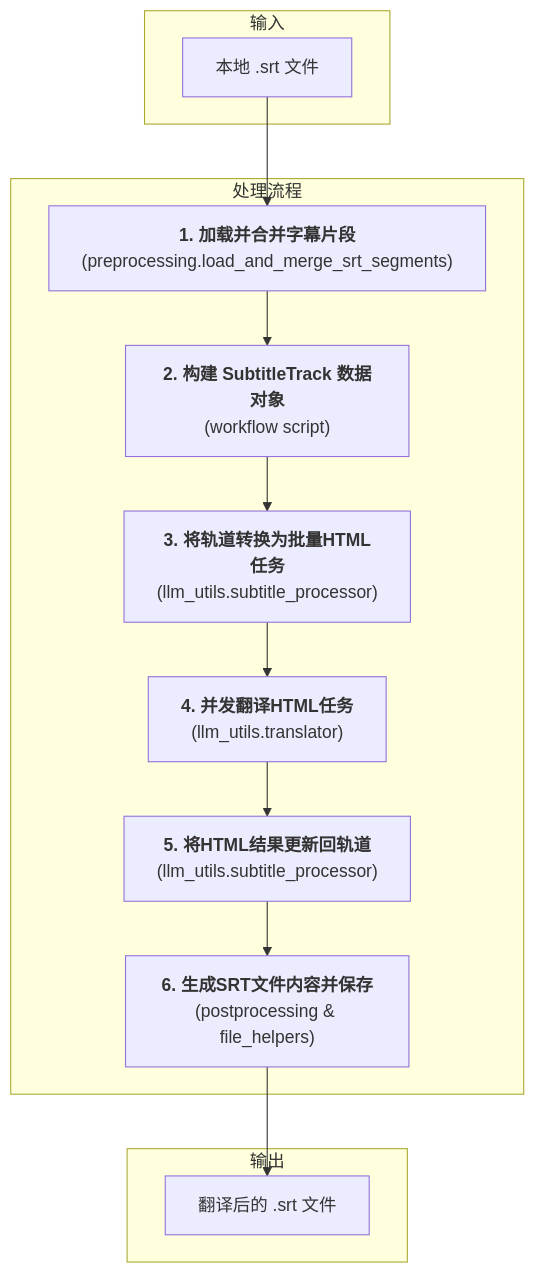
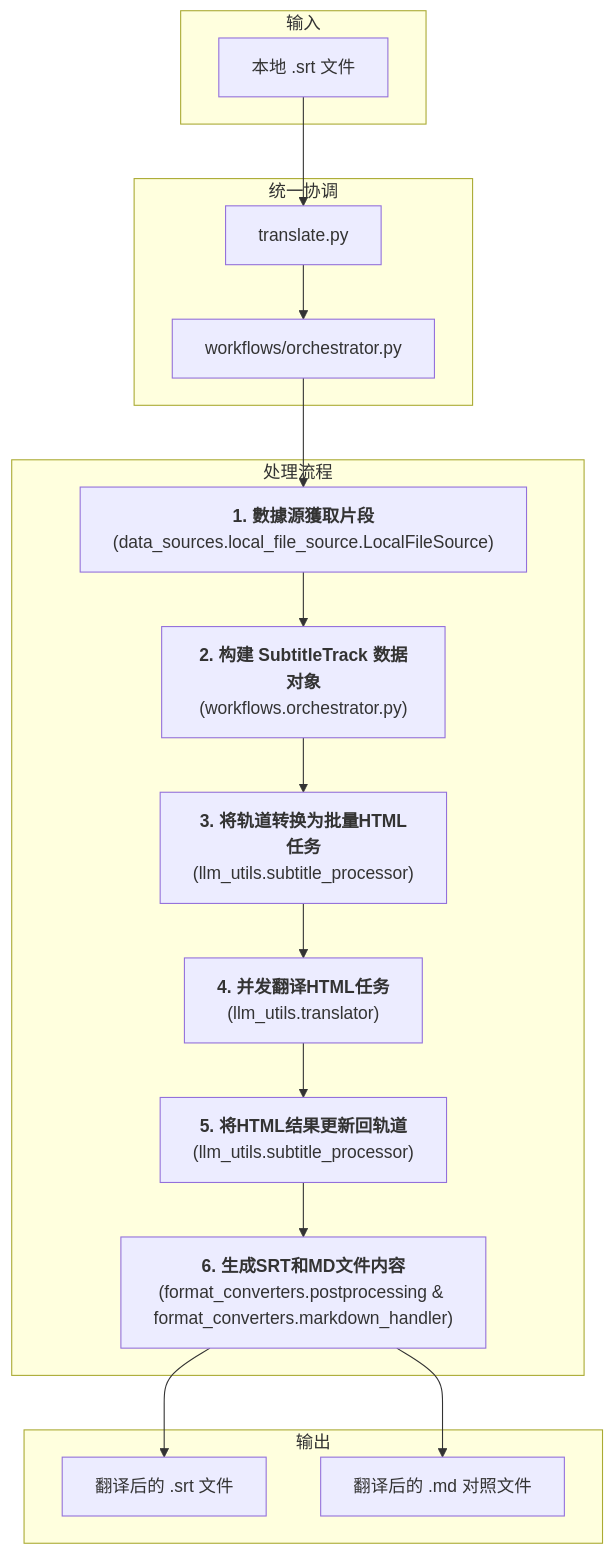
Before and after one commit to kuniyao/MultiMediaGenAI: the diagram in docs/workflow2.mmd, drawn with Mermaid. The commit also changed 6 other files, not shown here.

First line of the commit message:
docs: Update workflow documentation and refactor subtitle retry mechanism

```diff
--- a/docs/workflow2.mmd
+++ b/docs/workflow2.mmd
@@ -1,19 +1,26 @@
 graph TD;
     subgraph Input [输入]
         A[本地 .srt 文件]
     end
 
+    subgraph Orchestration [统一协调]
+        O1[translate.py]
+        O2[workflows/orchestrator.py]
+    end
+
     subgraph Processing [处理流程]
-        B["<b>1. 加载并合并字幕片段</b><br>(preprocessing.load_and_merge_srt_segments)"]
-        C["<b>2. 构建 SubtitleTrack 数据对象</b><br>(workflow script)"]
+        B["<b>1. 數據源獲取片段</b><br>(data_sources.local_file_source.LocalFileSource)"]
+        C["<b>2. 构建 SubtitleTrack 数据对象</b><br>(workflows.orchestrator.py)"]
         D["<b>3. 将轨道转换为批量HTML任务</b><br>(llm_utils.subtitle_processor)"]
         E["<b>4. 并发翻译HTML任务</b><br>(llm_utils.translator)"]
         F["<b>5. 将HTML结果更新回轨道</b><br>(llm_utils.subtitle_processor)"]
-        G["<b>6. 生成SRT文件内容并保存</b><br>(postprocessing & file_helpers)"]
+        G["<b>6. 生成SRT和MD文件内容</b><br>(format_converters.postprocessing & format_converters.markdown_handler)"]
     end
 
     subgraph Output [输出]
-        H[翻译后的 .srt 文件]
+        H1[翻译后的 .srt 文件]
+        H2[翻译后的 .md 对照文件]
     end
 
-    A --> B --> C --> D --> E --> F --> G --> H;
+    A --> O1 --> O2 --> B --> C --> D --> E --> F --> G;
+    G --> H1 & H2;
```
